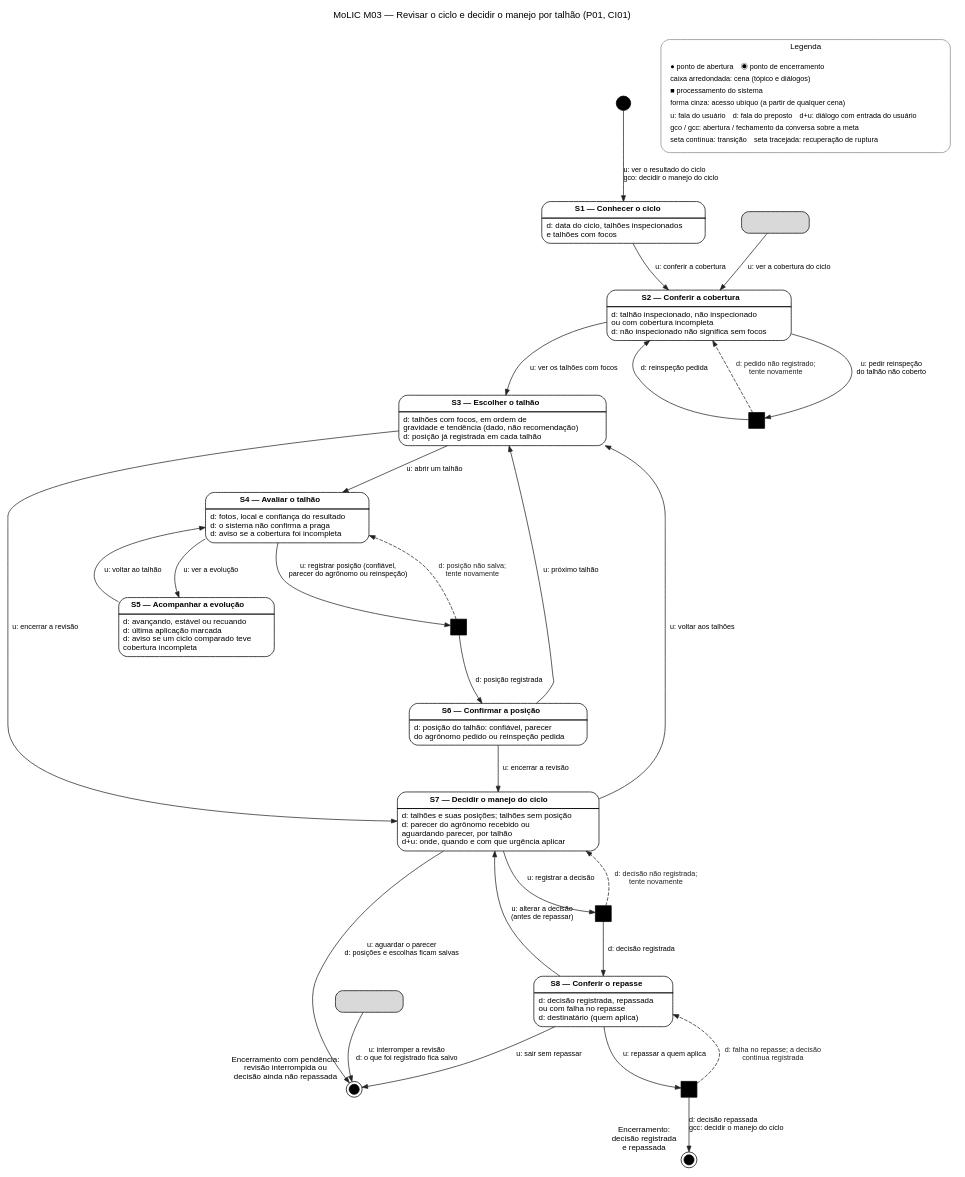
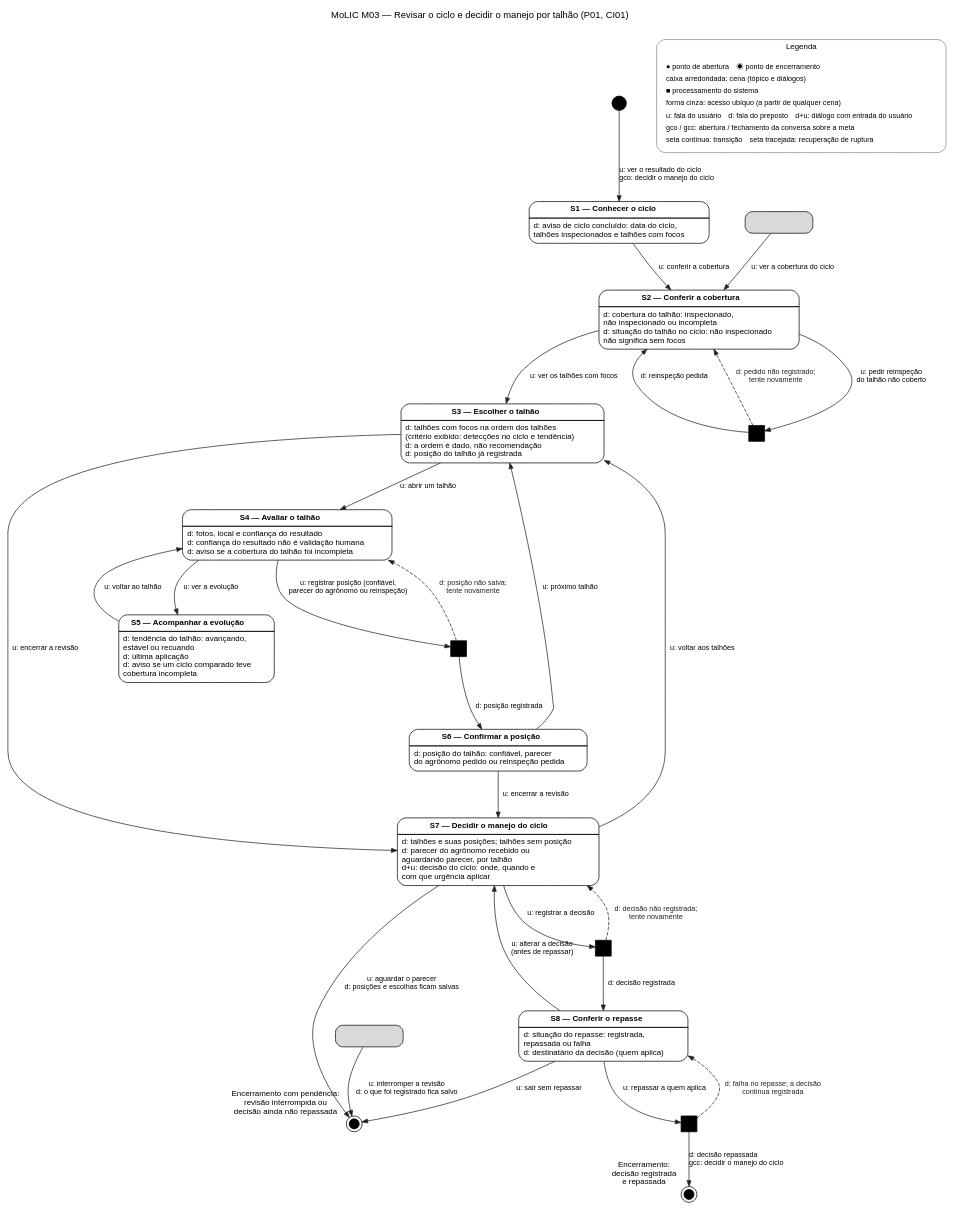
One commit to PedroHValim/Orange_Box changed the diagram in assets/10_molic/molic_m03.dot. Above: the diagram before and after it, drawn with Graphviz. The commit also changed 1 other file, not shown here.

```diff
--- a/assets/10_molic/molic_m03.dot
+++ b/assets/10_molic/molic_m03.dot
@@ -1,100 +1,100 @@
 // MoLIC M03 — Revisar o ciclo e decidir o manejo por talhão (P01 / CI01)
 // Gerar: dot -Tsvg molic_m03.dot -o molic_m03.svg ; dot -Tpng -Gdpi=110 molic_m03.dot -o molic_m03.png
 digraph M03 {
   graph [rankdir=TB, fontname="Helvetica", fontsize=13, nodesep=0.7, ranksep=0.75, splines=spline,
          labelloc=t, label="MoLIC M03 — Revisar o ciclo e decidir o manejo por talhão (P01, CI01)\n ", bgcolor="white"];
   node  [fontname="Helvetica", fontsize=11];
   edge  [fontname="Helvetica", fontsize=10, color="#222222", arrowsize=0.8];
 
   // abertura e encerramentos
   ini  [shape=circle, style=filled, fillcolor=black, label="", width=0.28, fixedsize=true];
   fimOK  [shape=doublecircle, style=filled, fillcolor=black, label="", width=0.2, fixedsize=true,
           xlabel="Encerramento:\ndecisão registrada\ne repassada"];
   fimPend [shape=doublecircle, style=filled, fillcolor=black, label="", width=0.2, fixedsize=true,
           xlabel="Encerramento com pendência:\nrevisão interrompida ou\ndecisão ainda não repassada"];
 
   // cenas
   node [shape=plain];
   S1 [label=<<table border="1" cellborder="0" cellspacing="0" cellpadding="5" style="rounded" bgcolor="#FFFFFF">
      <tr><td><b>S1 — Conhecer o ciclo</b></td></tr><hr/>
-     <tr><td align="left">d: data do ciclo, talhões inspecionados<br align="left"/>e talhões com focos<br align="left"/></td></tr></table>>];
+     <tr><td align="left">d: aviso de ciclo concluído: data do ciclo,<br align="left"/>talhões inspecionados e talhões com focos<br align="left"/></td></tr></table>>];
   S2 [label=<<table border="1" cellborder="0" cellspacing="0" cellpadding="5" style="rounded" bgcolor="#FFFFFF">
      <tr><td><b>S2 — Conferir a cobertura</b></td></tr><hr/>
-     <tr><td align="left">d: talhão inspecionado, não inspecionado<br align="left"/>ou com cobertura incompleta<br align="left"/>d: não inspecionado não significa sem focos<br align="left"/></td></tr></table>>];
+     <tr><td align="left">d: cobertura do talhão: inspecionado,<br align="left"/>não inspecionado ou incompleta<br align="left"/>d: situação do talhão no ciclo: não inspecionado<br align="left"/>não significa sem focos<br align="left"/></td></tr></table>>];
   S3 [label=<<table border="1" cellborder="0" cellspacing="0" cellpadding="5" style="rounded" bgcolor="#FFFFFF">
      <tr><td><b>S3 — Escolher o talhão</b></td></tr><hr/>
-     <tr><td align="left">d: talhões com focos, em ordem de<br align="left"/>gravidade e tendência (dado, não recomendação)<br align="left"/>d: posição já registrada em cada talhão<br align="left"/></td></tr></table>>];
+     <tr><td align="left">d: talhões com focos na ordem dos talhões<br align="left"/>(critério exibido: detecções no ciclo e tendência)<br align="left"/>d: a ordem é dado, não recomendação<br align="left"/>d: posição do talhão já registrada<br align="left"/></td></tr></table>>];
   S4 [label=<<table border="1" cellborder="0" cellspacing="0" cellpadding="5" style="rounded" bgcolor="#FFFFFF">
      <tr><td><b>S4 — Avaliar o talhão</b></td></tr><hr/>
-     <tr><td align="left">d: fotos, local e confiança do resultado<br align="left"/>d: o sistema não confirma a praga<br align="left"/>d: aviso se a cobertura foi incompleta<br align="left"/></td></tr></table>>];
+     <tr><td align="left">d: fotos, local e confiança do resultado<br align="left"/>d: confiança do resultado não é validação humana<br align="left"/>d: aviso se a cobertura do talhão foi incompleta<br align="left"/></td></tr></table>>];
   S5 [label=<<table border="1" cellborder="0" cellspacing="0" cellpadding="5" style="rounded" bgcolor="#FFFFFF">
      <tr><td><b>S5 — Acompanhar a evolução</b></td></tr><hr/>
-     <tr><td align="left">d: avançando, estável ou recuando<br align="left"/>d: última aplicação marcada<br align="left"/>d: aviso se um ciclo comparado teve<br align="left"/>cobertura incompleta<br align="left"/></td></tr></table>>];
+     <tr><td align="left">d: tendência do talhão: avançando,<br align="left"/>estável ou recuando<br align="left"/>d: última aplicação<br align="left"/>d: aviso se um ciclo comparado teve<br align="left"/>cobertura incompleta<br align="left"/></td></tr></table>>];
   S6 [label=<<table border="1" cellborder="0" cellspacing="0" cellpadding="5" style="rounded" bgcolor="#FFFFFF">
      <tr><td><b>S6 — Confirmar a posição</b></td></tr><hr/>
      <tr><td align="left">d: posição do talhão: confiável, parecer<br align="left"/>do agrônomo pedido ou reinspeção pedida<br align="left"/></td></tr></table>>];
   S7 [label=<<table border="1" cellborder="0" cellspacing="0" cellpadding="5" style="rounded" bgcolor="#FFFFFF">
      <tr><td><b>S7 — Decidir o manejo do ciclo</b></td></tr><hr/>
-     <tr><td align="left">d: talhões e suas posições; talhões sem posição<br align="left"/>d: parecer do agrônomo recebido ou<br align="left"/>aguardando parecer, por talhão<br align="left"/>d+u: onde, quando e com que urgência aplicar<br align="left"/></td></tr></table>>];
+     <tr><td align="left">d: talhões e suas posições; talhões sem posição<br align="left"/>d: parecer do agrônomo recebido ou<br align="left"/>aguardando parecer, por talhão<br align="left"/>d+u: decisão do ciclo: onde, quando e<br align="left"/>com que urgência aplicar<br align="left"/></td></tr></table>>];
   S8 [label=<<table border="1" cellborder="0" cellspacing="0" cellpadding="5" style="rounded" bgcolor="#FFFFFF">
      <tr><td><b>S8 — Conferir o repasse</b></td></tr><hr/>
-     <tr><td align="left">d: decisão registrada, repassada<br align="left"/>ou com falha no repasse<br align="left"/>d: destinatário (quem aplica)<br align="left"/></td></tr></table>>];
+     <tr><td align="left">d: situação do repasse: registrada,<br align="left"/>repassada ou falha<br align="left"/>d: destinatário da decisão (quem aplica)<br align="left"/></td></tr></table>>];
 
   // processamentos do sistema (caixa preta)
   node [shape=box, style=filled, fillcolor=black, label="", width=0.3, height=0.3, fixedsize=true];
   P1; P2; P3; P4;
 
   // acessos ubíquos
   node [shape=box, style="rounded,filled", fillcolor="#D9D9D9", fixedsize=false, width=0, height=0, fontsize=10];
   U1 [label="", width=1.3, height=0.42, fixedsize=true];
   U2 [label="", width=1.3, height=0.42, fixedsize=true];
 
   // caminho principal
   ini -> S1 [label=" u: ver o resultado do ciclo\l gco: decidir o manejo do ciclo\l"];
   S1 -> S2 [label=" u: conferir a cobertura"];
   S2 -> S3 [label=" u: ver os talhões com focos"];
   S3 -> S4 [label=" u: abrir um talhão"];
   S4 -> P2 [label=" u: registrar posição (confiável,\n parecer do agrônomo ou reinspeção)"];
   P2 -> S6 [label=" d: posição registrada"];
   S6 -> S3 [label=" u: próximo talhão"];
   S6 -> S7 [label=" u: encerrar a revisão"];
   S3 -> S7 [label=" u: encerrar a revisão"];
   S7 -> P3 [label=" u: registrar a decisão"];
   P3 -> S8 [label=" d: decisão registrada"];
   S8 -> P4 [label=" u: repassar a quem aplica"];
   P4 -> fimOK [label=" d: decisão repassada\l gcc: decidir o manejo do ciclo\l"];
 
   // alternativas
   S2 -> P1 [label=" u: pedir reinspeção\n do talhão não coberto"];
   P1 -> S2 [label=" d: reinspeção pedida"];
   S4 -> S5 [label=" u: ver a evolução"];
   S5 -> S4 [label=" u: voltar ao talhão"];
   S7 -> S3 [label=" u: voltar aos talhões"];
   S8 -> S7 [label=" u: alterar a decisão\n (antes de repassar)"];
   S8 -> fimPend [label=" u: sair sem repassar"];
   S7 -> fimPend [label=" u: aguardar o parecer\n d: posições e escolhas ficam salvas"];
   U1 -> S2 [label=" u: ver a cobertura do ciclo"];
   U2 -> fimPend [label=" u: interromper a revisão\n d: o que foi registrado fica salvo"];
 
   // rupturas e recuperação (tracejado)
   edge [style=dashed, color="#222222", fontcolor="#222222"];
   P1 -> S2 [label=" d: pedido não registrado;\n tente novamente"];
   P2 -> S4 [label=" d: posição não salva;\n tente novamente"];
   P3 -> S7 [label=" d: decisão não registrada;\n tente novamente"];
   P4 -> S8 [label=" d: falha no repasse; a decisão\n continua registrada"];
 
   // legenda
   subgraph cluster_leg {
     label="Legenda"; fontsize=11; color="#888888"; style=rounded;
     node [shape=plain, style="", fontsize=10];
     leg [label=<<table border="0" cellspacing="2" cellpadding="2">
       <tr><td align="left">● ponto de abertura　◉ ponto de encerramento</td></tr>
       <tr><td align="left">caixa arredondada: cena (tópico e diálogos)</td></tr>
       <tr><td align="left">■ processamento do sistema</td></tr>
       <tr><td align="left">forma cinza: acesso ubíquo (a partir de qualquer cena)</td></tr>
       <tr><td align="left">u: fala do usuário　d: fala do preposto　d+u: diálogo com entrada do usuário</td></tr>
       <tr><td align="left">gco / gcc: abertura / fechamento da conversa sobre a meta</td></tr>
       <tr><td align="left">seta contínua: transição　seta tracejada: recuperação de ruptura</td></tr>
     </table>>];
   }
 }
```
